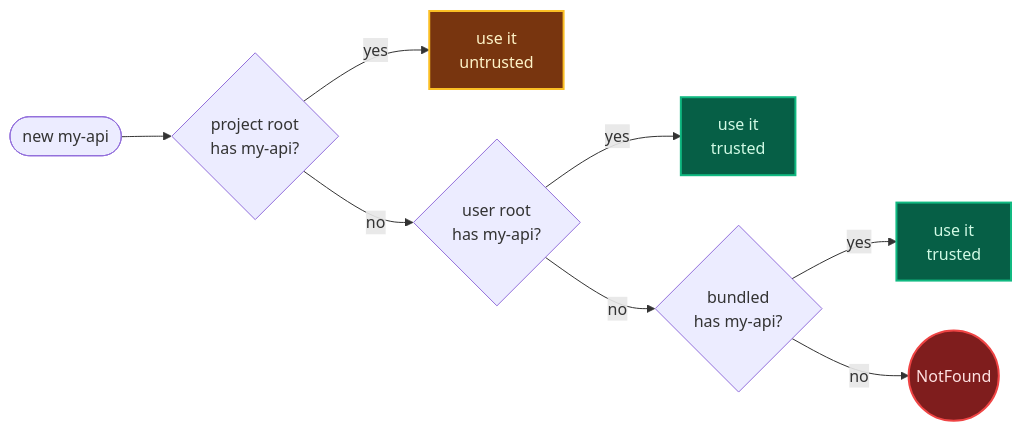
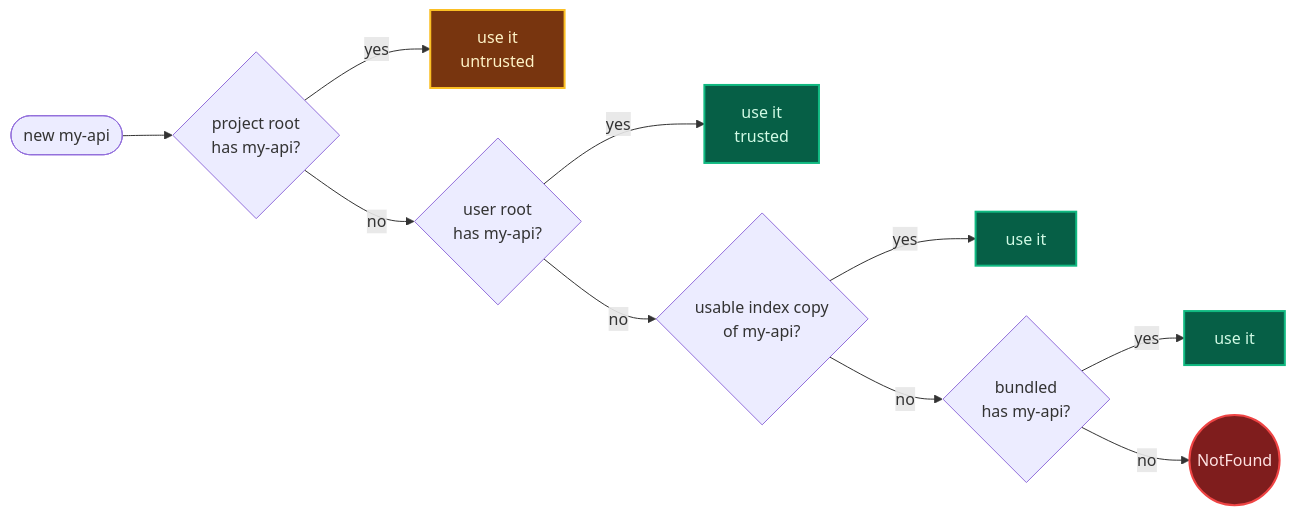
The third of 5 diagrams in packages/cli/docs/concepts.md (steamfield/stacks), drawn with Mermaid before and after one commit. The commit also changed other lines of this file and 4 other files, not shown here.

````diff
--- a/packages/cli/docs/concepts.md
+++ b/packages/cli/docs/concepts.md
@@ -201,17 +204,19 @@
 ```mermaid
 flowchart LR
   id(["new my-api"]) --> p{"project root<br/>has my-api?"}
   p -- "yes" --> pu["use it<br/>untrusted"]
   p -- "no" --> u{"user root<br/>has my-api?"}
   u -- "yes" --> uu["use it<br/>trusted"]
-  u -- "no" --> b{"bundled<br/>has my-api?"}
-  b -- "yes" --> bu["use it<br/>trusted"]
+  u -- "no" --> i{"usable index copy<br/>of my-api?"}
+  i -- "yes" --> iu["use it"]
+  i -- "no" --> b{"bundled<br/>has my-api?"}
+  b -- "yes" --> bu["use it"]
   b -- "no" --> nf(("NotFound"))
 
   classDef warn fill:#78350f,stroke:#fbbf24,stroke-width:2px,color:#fef3c7
   classDef ok fill:#065f46,stroke:#10b981,stroke-width:2px,color:#d1fae5
   classDef err fill:#7f1d1d,stroke:#ef4444,stroke-width:2px,color:#fee2e2
   class pu warn
-  class uu,bu ok
+  class uu,iu,bu ok
   class nf err
 ```
````
